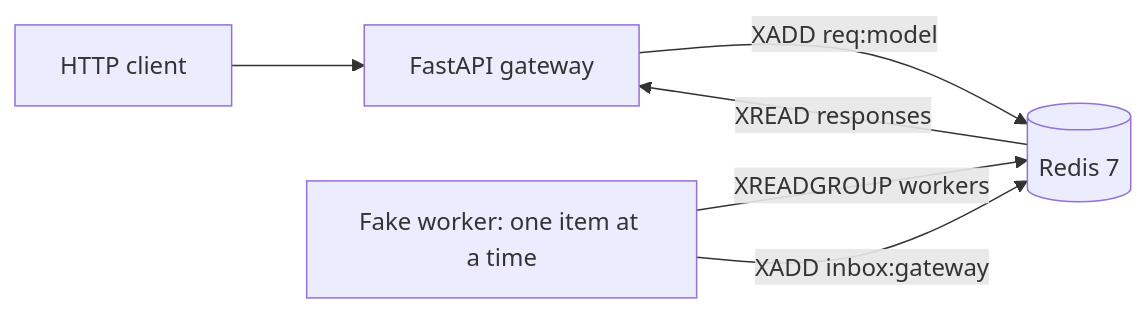
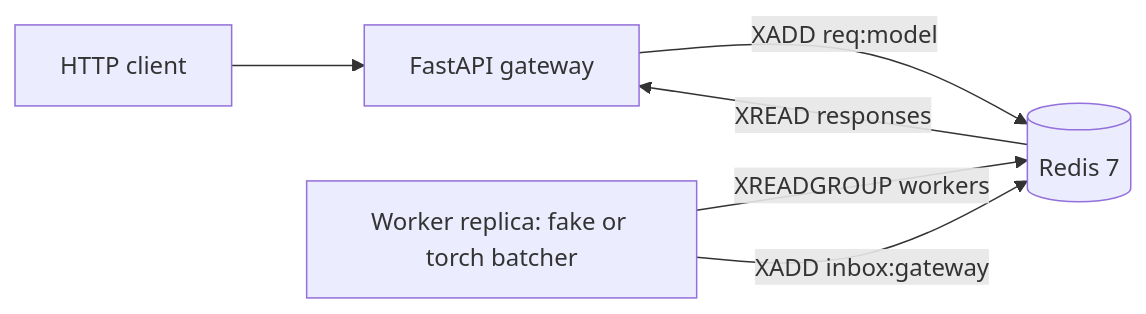
The first of 4 diagrams in docs/ARCHITECTURE.md (aashikazim/distributed-ml-Inference), drawn with Mermaid before and after one commit. The commit also changed other lines of this file and 15 other files, not shown here.

````diff
--- a/docs/ARCHITECTURE.md
+++ b/docs/ARCHITECTURE.md
@@ -9,8 +10,8 @@
 ```mermaid
 flowchart LR
     C[HTTP client] --> G[FastAPI gateway]
     G -->|XADD req:model| R[(Redis 7)]
-    W[Fake worker: one item at a time] -->|XREADGROUP workers| R
+    W[Worker replica: fake or torch batcher] -->|XREADGROUP workers| R
     W -->|XADD inbox:gateway| R
     R -->|XREAD responses| G
 ```
````
